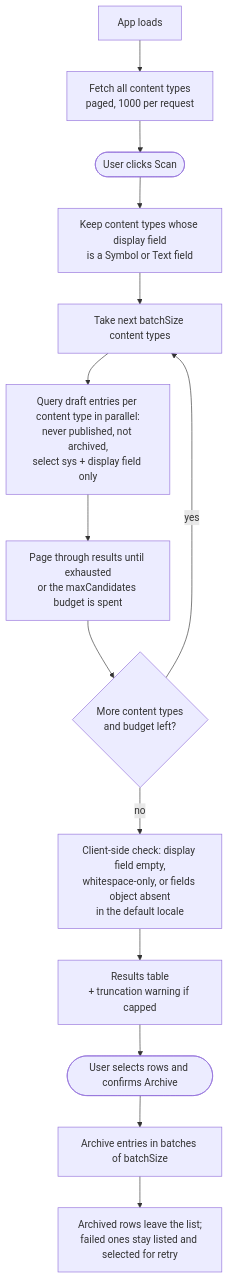
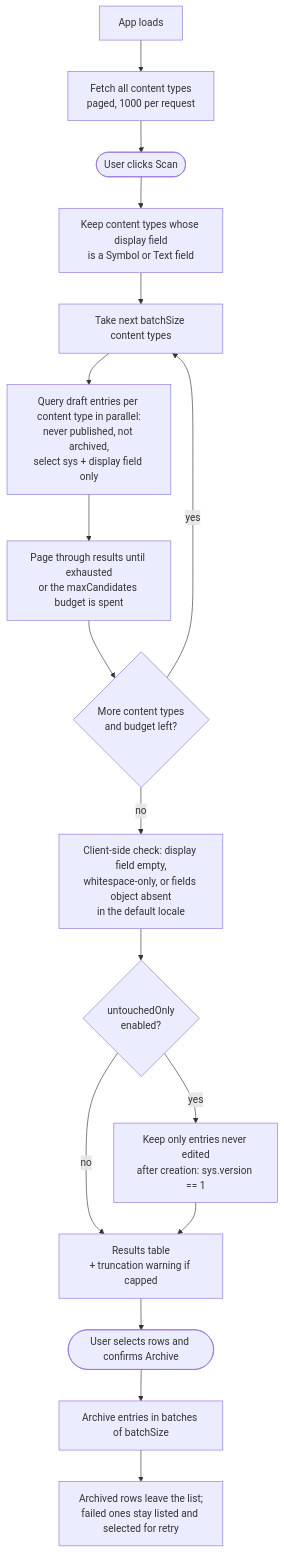
One commit to contentful/apps changed the diagram in apps/find-orphans/README.md. Above: the diagram before and after it, drawn with Mermaid. The commit also changed other lines of this file and 10 other files, not shown here.

````diff
--- a/apps/find-orphans/README.md
+++ b/apps/find-orphans/README.md
@@ -31,16 +39,19 @@
 ```mermaid
 flowchart TD
     Load[App loads] --> FetchCT[Fetch all content types<br/>paged, 1000 per request]
     FetchCT --> Scan([User clicks Scan])
     Scan --> Filter[Keep content types whose display field<br/>is a Symbol or Text field]
     Filter --> Chunk[Take next batchSize content types]
     Chunk --> Query[Query draft entries per content type in parallel:<br/>never published, not archived,<br/>select sys + display field only]
     Query --> Pages[Page through results until exhausted<br/>or the maxCandidates budget is spent]
     Pages --> More{More content types<br/>and budget left?}
     More -- yes --> Chunk
     More -- no --> Check[Client-side check: display field empty,<br/>whitespace-only, or fields object absent<br/>in the default locale]
-    Check --> Results[Results table<br/>+ truncation warning if capped]
+    Check --> Untouched{untouchedOnly<br/>enabled?}
+    Untouched -- yes --> Version[Keep only entries never edited<br/>after creation: sys.version == 1]
+    Untouched -- no --> Results[Results table<br/>+ truncation warning if capped]
+    Version --> Results
     Results --> Archive([User selects rows and confirms Archive])
     Archive --> Batches[Archive entries in batches of batchSize]
     Batches --> Done[Archived rows leave the list;<br/>failed ones stay listed and selected for retry]
 ```
````
